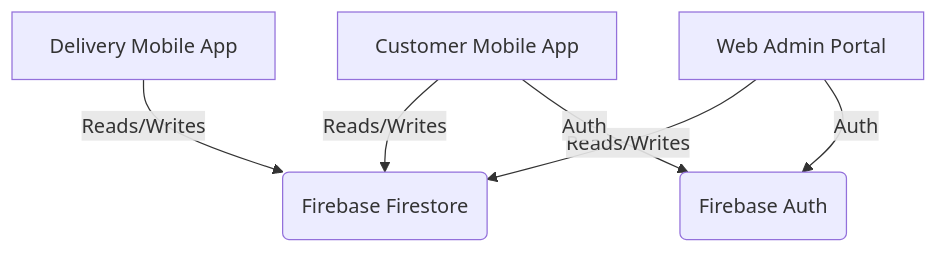
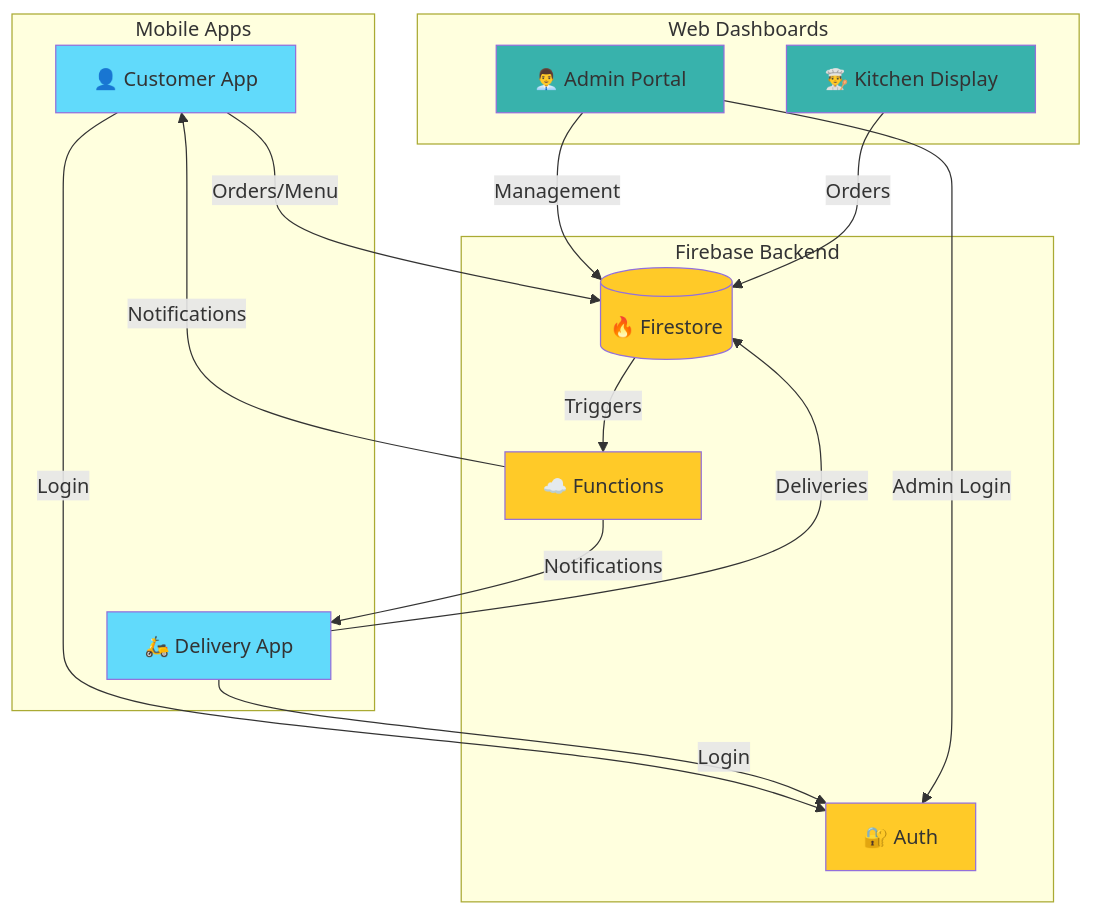
The diagram in README.md (AnuragWaskle/TadkaBox), drawn with Mermaid before and after one commit. The commit also changed other lines of this file, not shown here.

````diff
--- a/README.md
+++ b/README.md
@@ -130,8 +245,39 @@
 ```mermaid
-graph TD
-    A[Customer Mobile App] -->|Reads/Writes| B(Firebase Firestore)
-    C[Delivery Mobile App] -->|Reads/Writes| B
-    D[Web Admin Portal] -->|Reads/Writes| B
-    D -->|Auth| E(Firebase Auth)
-    A -->|Auth| E
+graph TB
+    subgraph Mobile Apps
+        A[👤 Customer App]
+        B[🛵 Delivery App]
+    end
+    
+    subgraph Web Dashboards
+        C[👨‍💼 Admin Portal]
+        D[👨‍🍳 Kitchen Display]
+    end
+    
+    subgraph Firebase Backend
+        E[(🔥 Firestore)]
+        F[🔐 Auth]
+        G[☁️ Functions]
+    end
+    
+    A -->|Orders/Menu| E
+    B -->|Deliveries| E
+    C -->|Management| E
+    D -->|Orders| E
+    
+    A -->|Login| F
+    B -->|Login| F
+    C -->|Admin Login| F
+    
+    E -->|Triggers| G
+    G -->|Notifications| A
+    G -->|Notifications| B
+    
+    style A fill:#61DAFB
+    style B fill:#61DAFB
+    style C fill:#38B2AC
+    style D fill:#38B2AC
+    style E fill:#FFCA28
+    style F fill:#FFCA28
+    style G fill:#FFCA28
 ```
````
